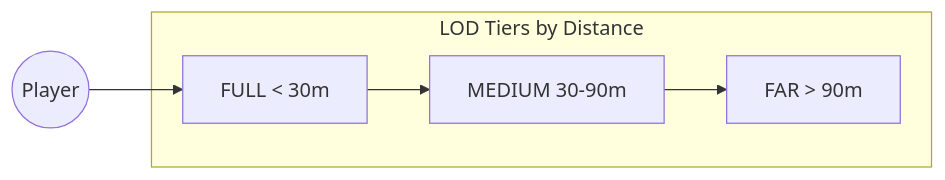
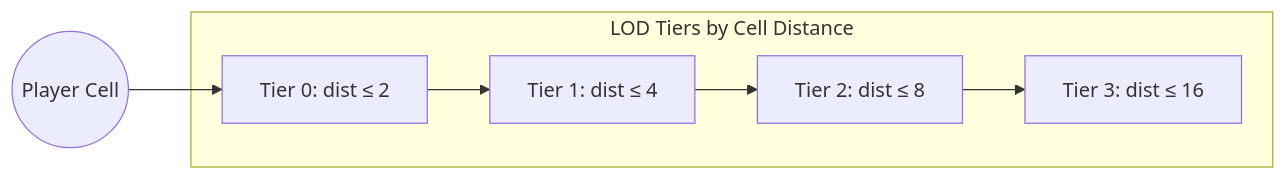
The first of 5 diagrams in docs/simulation.md (StevenGann/BiologyGame), drawn with Mermaid before and after one commit. The commit also changed other lines of this file and 12 other files, not shown here.

````diff
--- a/docs/simulation.md
+++ b/docs/simulation.md
@@ -9,13 +9,15 @@
 ```mermaid
 graph LR
-    subgraph LOD[LOD Tiers by Distance]
-        A[FULL &lt; 30m]
-        B[MEDIUM 30-90m]
-        C[FAR &gt; 90m]
+    subgraph LOD[LOD Tiers by Cell Distance]
+        T0["Tier 0: dist ≤ 2"]
+        T1["Tier 1: dist ≤ 4"]
+        T2["Tier 2: dist ≤ 8"]
+        T3["Tier 3: dist ≤ 16"]
     end
-    
-    Player((Player))
-    Player --> A
-    A --> B
-    B --> C
+
+    Player((Player Cell))
+    Player --> T0
+    T0 --> T1
+    T1 --> T2
+    T2 --> T3
 ```
````
